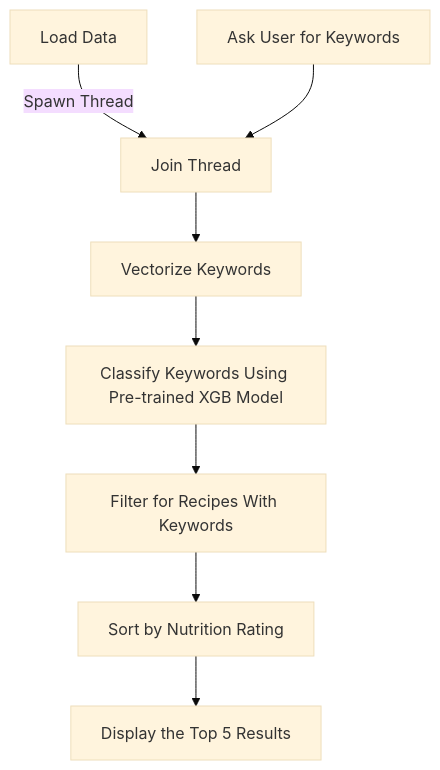
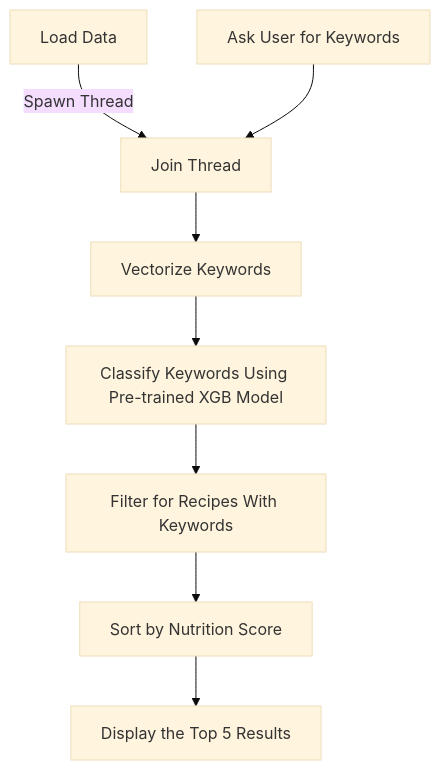
One commit to GregShiner/recipe-classifier changed the first of 2 diagrams in README.md. Above: the diagram before and after it, drawn with Mermaid (base theme). The commit also changed other lines of this file, not shown here.

````diff
--- a/README.md
+++ b/README.md
@@ -30,10 +30,10 @@
 ```mermaid
 flowchart TD
     A[Load Data] -->|Spawn Thread| C[Join Thread]
     B[Ask User for Keywords] --> C
     C --> D[Vectorize Keywords]
     D --> E[Classify Keywords Using Pre-trained XGB Model]
     E --> F[Filter for Recipes With Keywords]
-    F --> G[Sort by Nutrition Rating]
+    F --> G[Sort by Nutrition Score]
     G --> H[Display the Top 5 Results]
 ```
````
